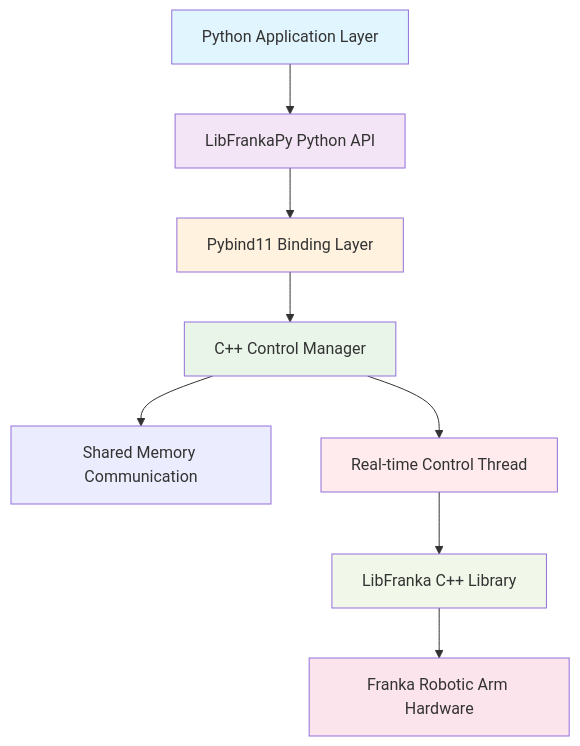
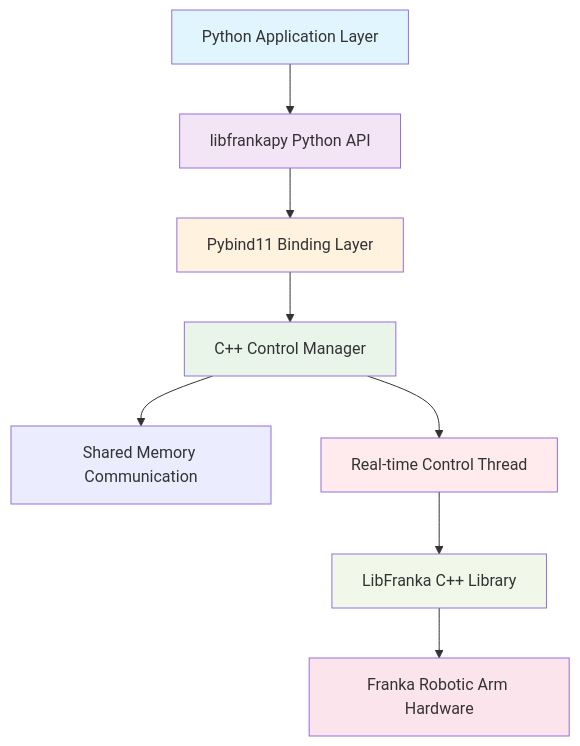
The diagram in README.md (han-xudong/libfrankapy), drawn with Mermaid before and after one commit. The commit also changed other lines of this file and 40 other files, not shown here.

````diff
--- a/README.md
+++ b/README.md
@@ -21,18 +29,18 @@
 ```mermaid
 graph TD
-    A[Python Application Layer] --> B[LibFrankaPy Python API]
+    A[Python Application Layer] --> B[libfrankapy Python API]
     B --> C[Pybind11 Binding Layer]
     C --> D[C++ Control Manager]
     D --> E[Shared Memory Communication]
     D --> F[Real-time Control Thread]
     F --> G[LibFranka C++ Library]
     G --> H[Franka Robotic Arm Hardware]
 
     style A fill:#e1f5fe
     style B fill:#f3e5f5
     style C fill:#fff3e0
     style D fill:#e8f5e8
     style F fill:#ffebee
     style G fill:#f1f8e9
     style H fill:#fce4ec
 ```
````
